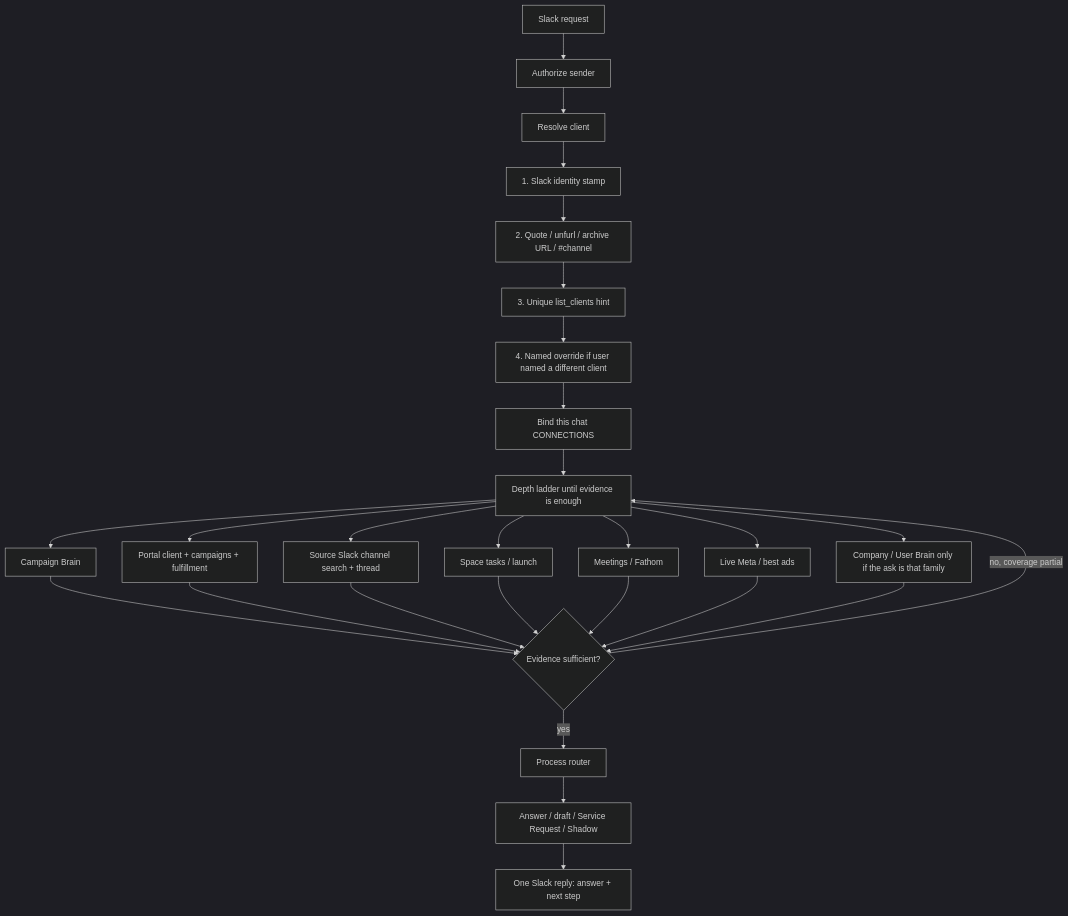
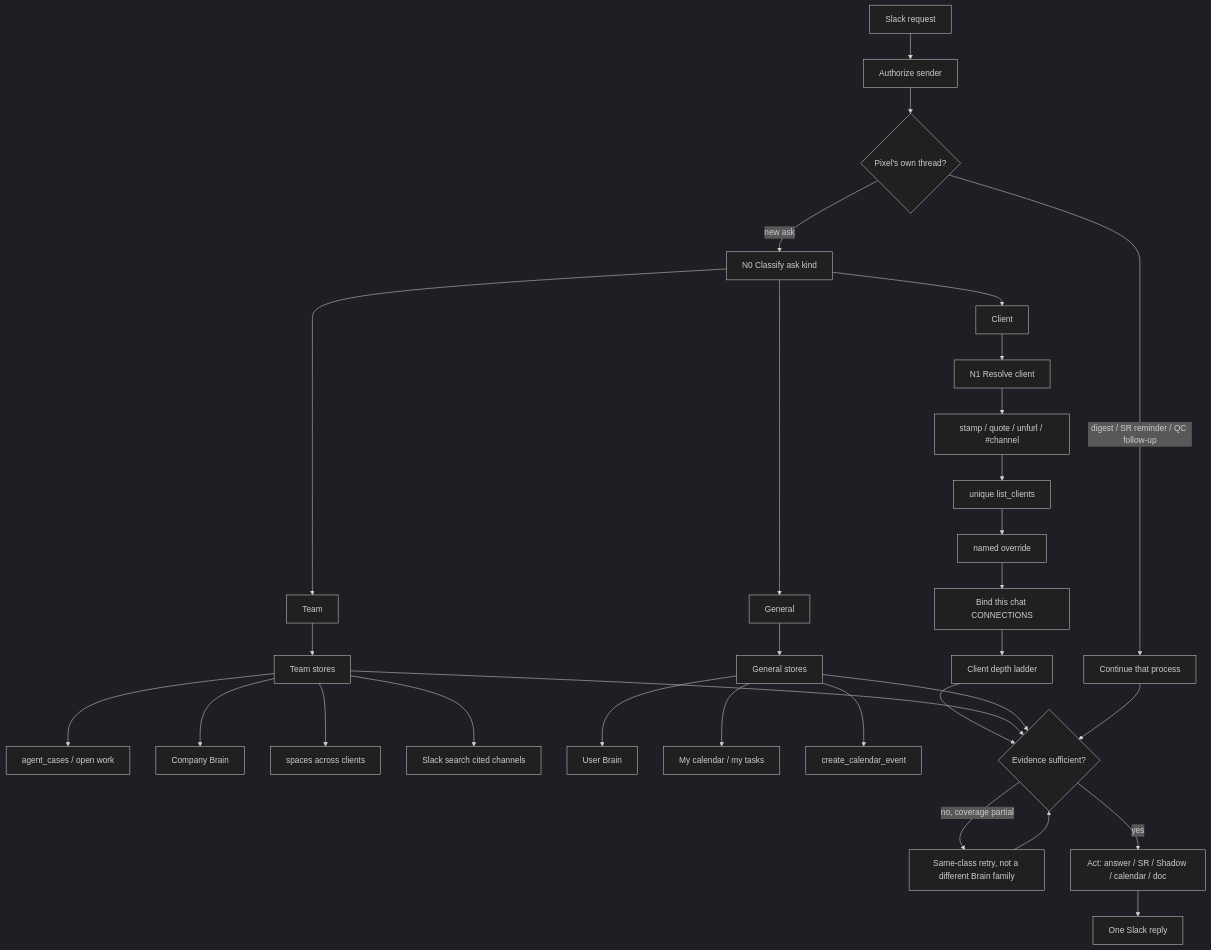
The second of 2 diagrams in .docs/plans/pixel-slack-north-star-2026-08-18.md (malihdabboussi/ROAS_1), drawn with Mermaid (dark theme) before and after one commit. The commit also changed other lines of this file and 1 other file, not shown here.

First line of the commit message:
Revise Pixel Slack North Star spine to classify ask kind first.

````diff
--- a/.docs/plans/pixel-slack-north-star-2026-08-18.md
+++ b/.docs/plans/pixel-slack-north-star-2026-08-18.md
@@ -124,29 +189,33 @@
 ```mermaid
 flowchart TD
   A[Slack request] --> B[Authorize sender]
-  B --> C[Resolve client]
-  C --> C1[1. Slack identity stamp]
-  C1 --> C2[2. Quote / unfurl / archive URL / #channel]
-  C2 --> C3[3. Unique list_clients hint]
-  C3 --> C4[4. Named override if user named a different client]
-  C4 --> D[Bind this chat CONNECTIONS]
-  D --> E[Depth ladder until evidence is enough]
-  E --> E1[Campaign Brain]
-  E --> E2[Portal client + campaigns + fulfillment]
-  E --> E3[Source Slack channel search + thread]
-  E --> E4[Space tasks / launch]
-  E --> E5[Meetings / Fathom]
-  E --> E6[Live Meta / best ads]
-  E --> E7[Company / User Brain only if the ask is that family]
-  E1 --> F{Evidence sufficient?}
-  E2 --> F
-  E3 --> F
-  E4 --> F
-  E5 --> F
-  E6 --> F
-  E7 --> F
-  F -->|no, coverage partial| E
-  F -->|yes| G[Process router]
-  G --> H[Answer / draft / Service Request / Shadow]
-  H --> I[One Slack reply: answer + next step]
+  B --> K{Pixel's own thread?}
+  K -->|digest / SR reminder / QC follow-up| P[Continue that process]
+  K -->|new ask| C[N0 Classify ask kind]
+  C --> C1[Client]
+  C --> C2[Team]
+  C --> C3[General]
+  C1 --> D[N1 Resolve client]
+  D --> D1[stamp / quote / unfurl / #channel]
+  D1 --> D2[unique list_clients]
+  D2 --> D3[named override]
+  D3 --> D4[Bind this chat CONNECTIONS]
+  D4 --> E[Client depth ladder]
+  C2 --> T[Team stores]
+  T --> T1[agent_cases / open work]
+  T --> T2[Company Brain]
+  T --> T3[spaces across clients]
+  T --> T4[Slack search cited channels]
+  C3 --> G[General stores]
+  G --> G1[User Brain]
+  G --> G2[My calendar / my tasks]
+  G --> G3[create_calendar_event]
+  E --> F{Evidence sufficient?}
+  T --> F
+  G --> F
+  P --> F
+  F -->|no, coverage partial| R[Same-class retry, not a different Brain family]
+  R --> F
+  F -->|yes| H[Act: answer / SR / Shadow / calendar / doc]
+  H --> I[One Slack reply]
 ```
````
